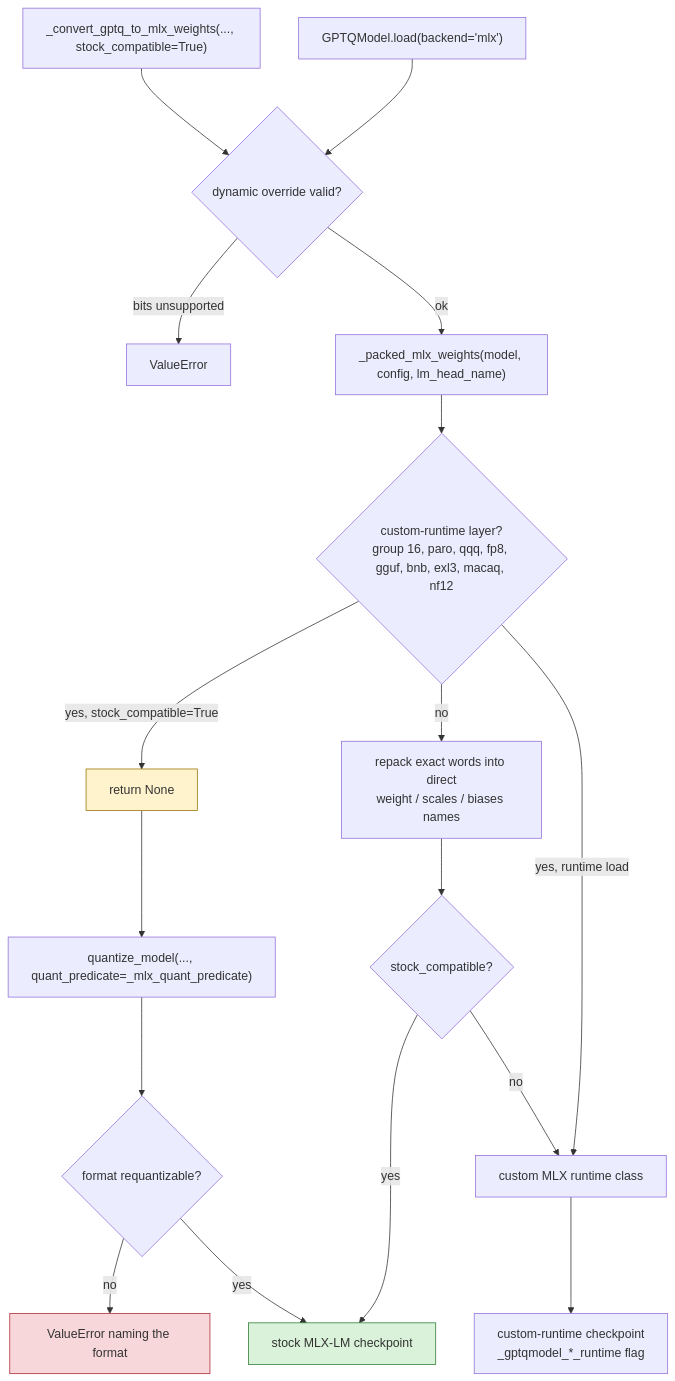
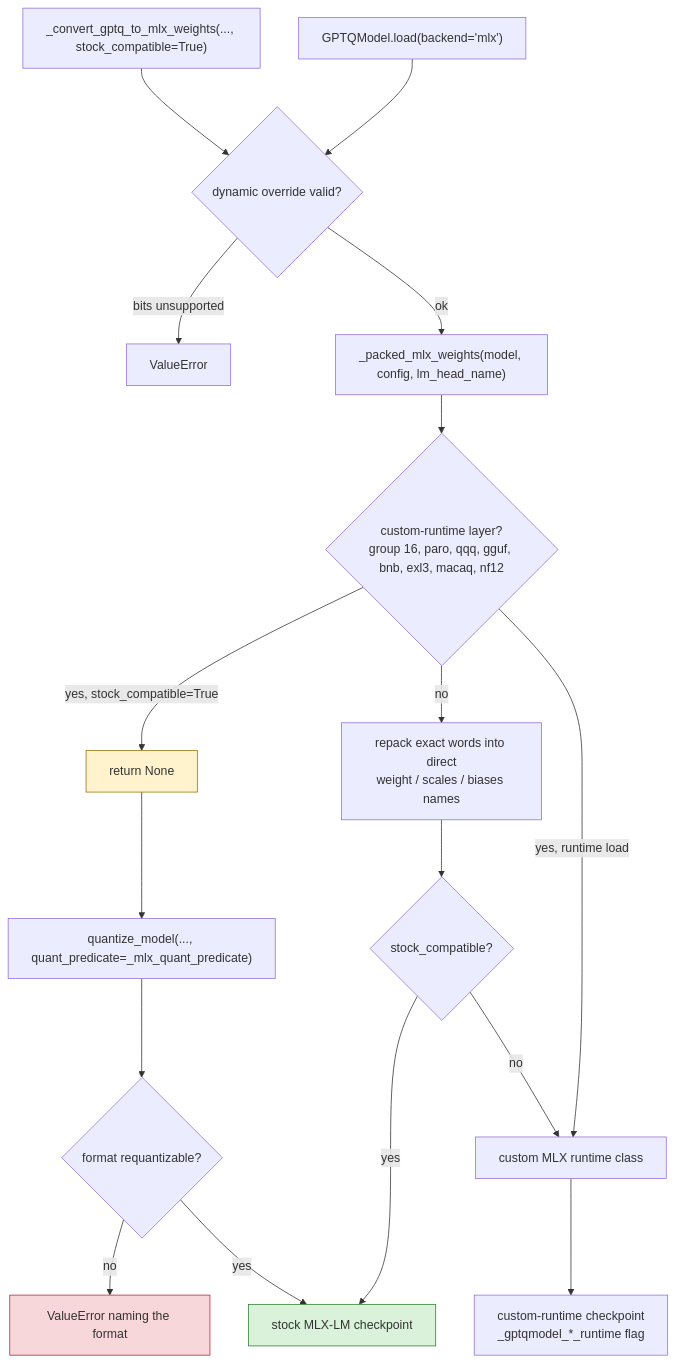
Before and after one commit to ModelCloud/GPTQModel: the second of 2 diagrams in docs/mlx-runtime.md, drawn with Mermaid. The commit also changed other lines of this file and 22 other files, not shown here.

````diff
--- a/docs/mlx-runtime.md
+++ b/docs/mlx-runtime.md
@@ -86,22 +86,22 @@
 ```mermaid
 flowchart TD
     A["_convert_gptq_to_mlx_weights(..., stock_compatible=True)"] --> C{"dynamic override valid?"}
     R["GPTQModel.load(backend='mlx')"] --> C
     C -- "bits unsupported" --> D["ValueError"]
     C -- ok --> E["_packed_mlx_weights(model, config, lm_head_name)"]
-    E --> F{"custom-runtime layer?<br/>group 16, paro, qqq, fp8, gguf, bnb, exl3, macaq, nf12"}
+    E --> F{"custom-runtime layer?<br/>group 16, paro, qqq, gguf, bnb, exl3, macaq, nf12"}
     F -- "yes, stock_compatible=True" --> G["return None"]
     F -- "no" --> H["repack exact words into direct<br/>weight / scales / biases names"]
     F -- "yes, runtime load" --> I["custom MLX runtime class"]
     G --> J["quantize_model(..., quant_predicate=_mlx_quant_predicate)"]
     J --> K{"format requantizable?"}
     K -- no --> L["ValueError naming the format"]
     K -- yes --> M["stock MLX-LM checkpoint"]
     H --> N{"stock_compatible?"}
     N -- yes --> M
     N -- no --> I
     I --> O["custom-runtime checkpoint<br/>_gptqmodel_*_runtime flag"]
     style G fill:#fff3cd,stroke:#997404
     style L fill:#f8d7da,stroke:#b02a37
     style M fill:#d9f2d9,stroke:#2e7d32
 ```
````
